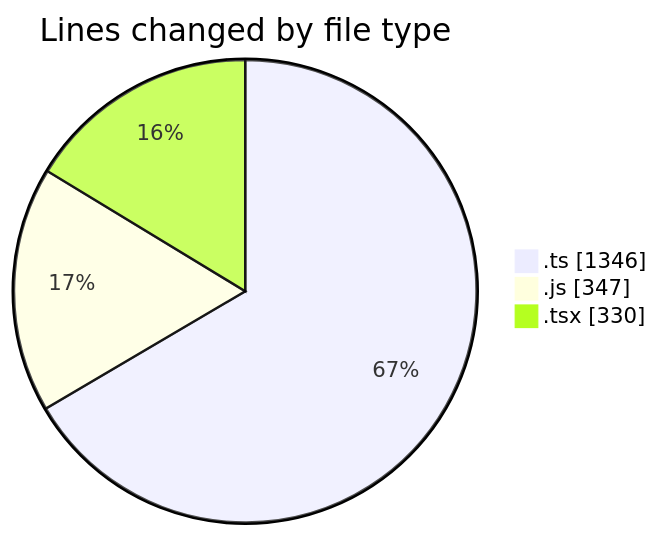
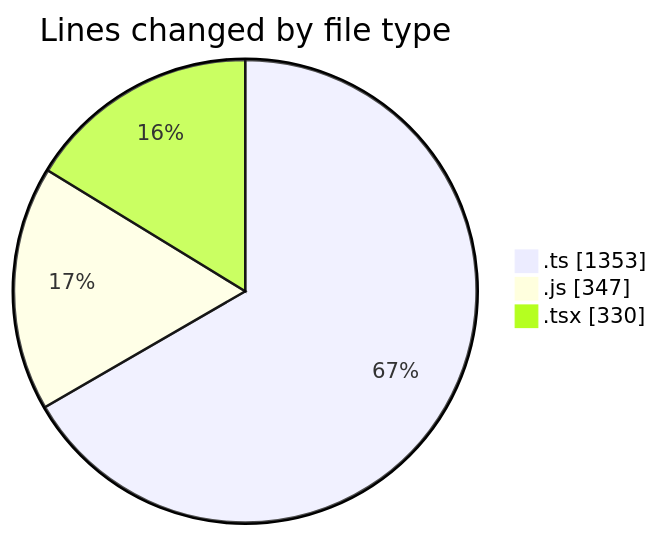
Before and after one commit to momahboobian/code-tracking: the first of 2 diagrams in 2025-12-16/cda/README.md, drawn with Mermaid. The commit also changed other lines of this file and 1 other file, not shown here.

````diff
--- a/2025-12-16/cda/README.md
+++ b/2025-12-16/cda/README.md
@@ -23,7 +23,7 @@
 ```mermaid
 pie showData
 title Lines changed by file type
-".ts" : 1346
+".ts" : 1353
 ".js" : 347
 ".tsx" : 330
 ```
````
